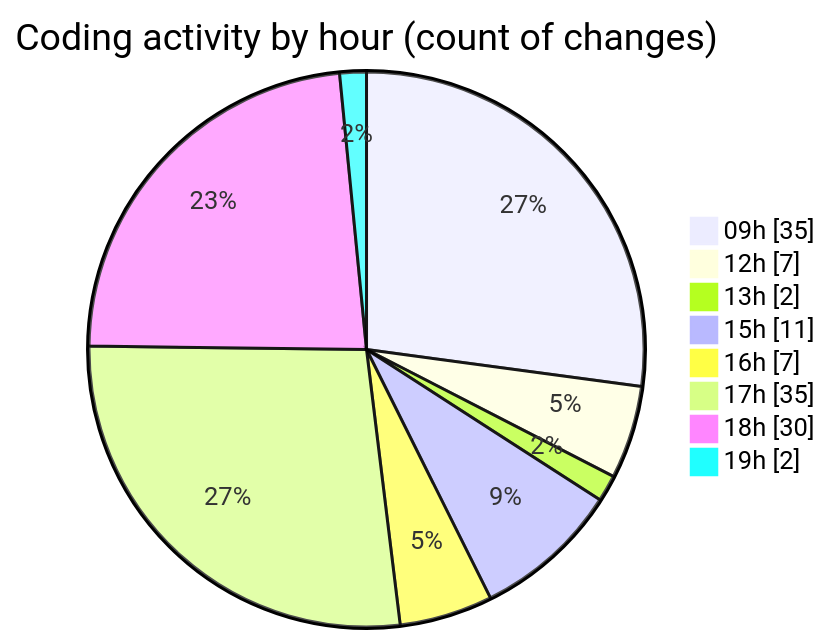
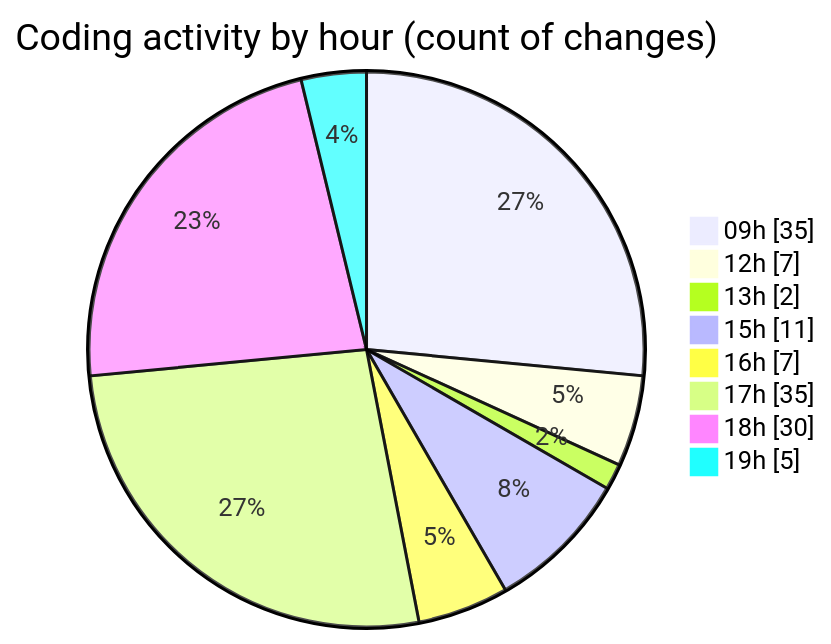
One commit to momahboobian/code-tracking changed the second of 2 diagrams in 2026-06-11/cda/README.md. Above: the diagram before and after it, drawn with Mermaid. The commit also changed other lines of this file and 1 other file, not shown here.

````diff
--- a/2026-06-11/cda/README.md
+++ b/2026-06-11/cda/README.md
@@ -71,12 +71,12 @@
 ```mermaid
 pie showData
 title Coding activity by hour (count of changes)
 "09h" : 35
 "12h" : 7
 "13h" : 2
 "15h" : 11
 "16h" : 7
 "17h" : 35
 "18h" : 30
-"19h" : 2
+"19h" : 5
 ```
````
